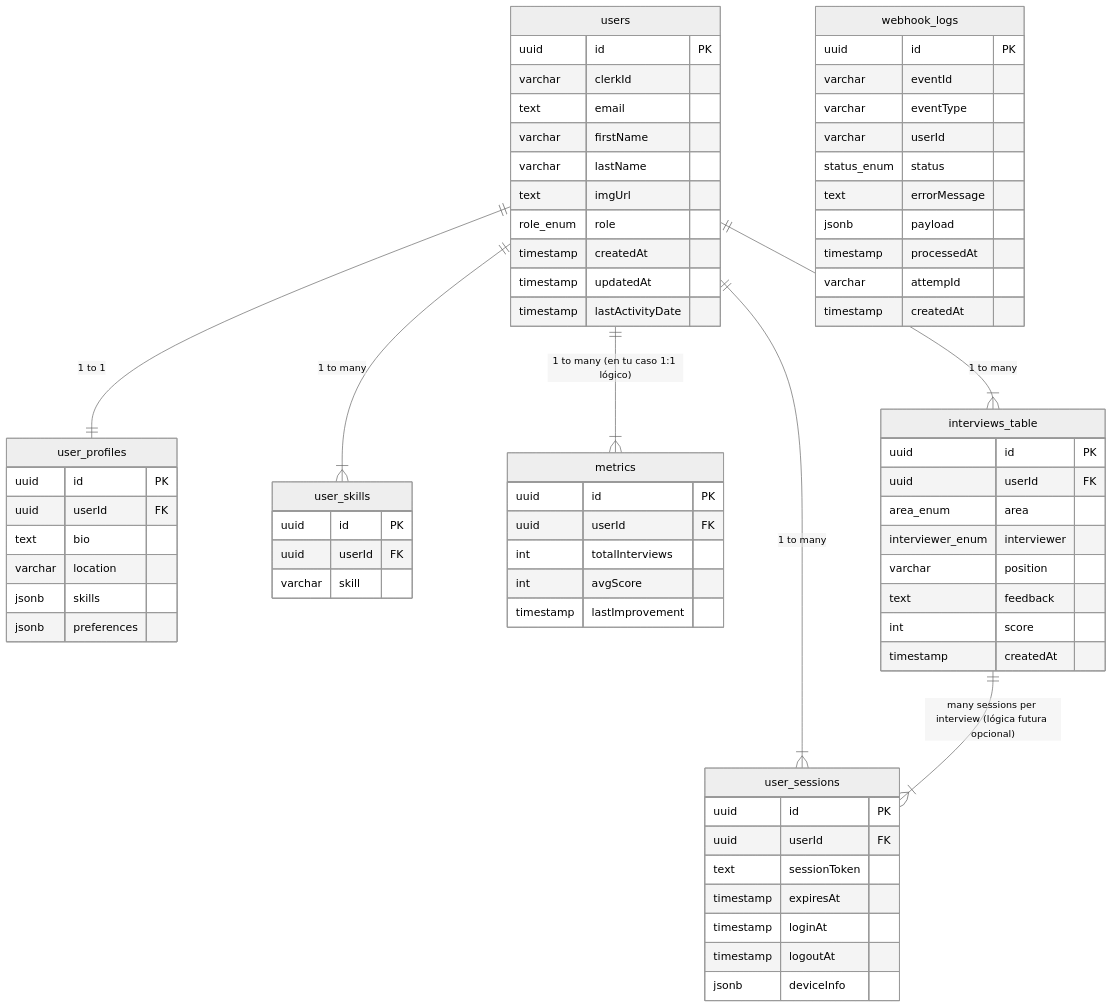
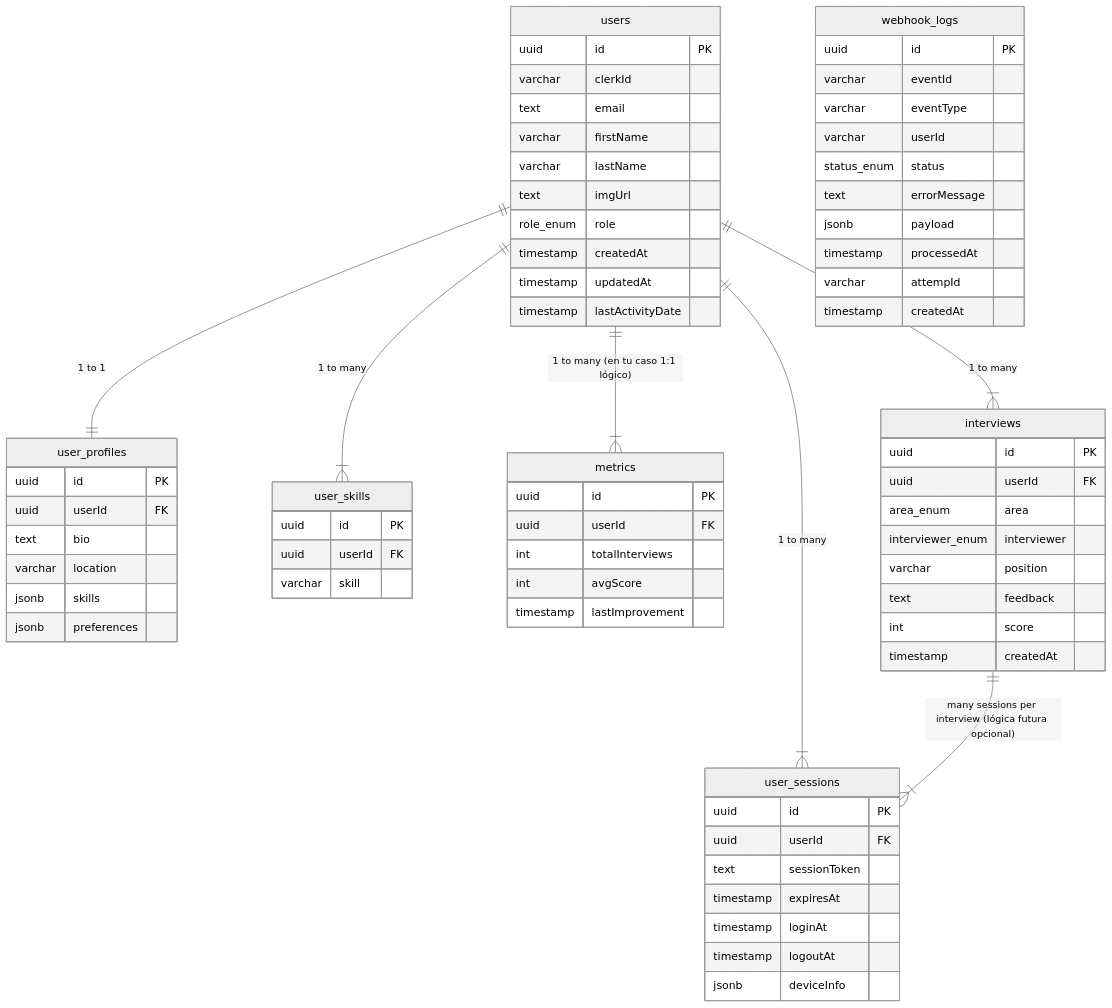
The fourth of 13 diagrams in docs/ARCHITECTURE_DIAGRAMS.md (MarceM1/demo_AscendIA), drawn with Mermaid (neutral theme) before and after one commit. The commit also changed other lines of this file and 8 other files, not shown here.

````diff
--- a/docs/ARCHITECTURE_DIAGRAMS.md
+++ b/docs/ARCHITECTURE_DIAGRAMS.md
@@ -200,7 +200,7 @@
     %% ============================================================
     %% INTERVIEWS
     %% ============================================================
-    interviews_table {
+    interviews {
         uuid id PK
         uuid userId FK
         area_enum area
@@ -234,7 +234,7 @@
     users ||--|{ user_sessions : "1 to many"
     users ||--|{ user_skills : "1 to many"
     users ||--|{ metrics : "1 to many (en tu caso 1:1 lógico)"
-    users ||--|{ interviews_table : "1 to many"
+    users ||--|{ interviews : "1 to many"
 
-    interviews_table ||--|{ user_sessions : "many sessions per interview (lógica futura opcional)"
+    interviews ||--|{ user_sessions : "many sessions per interview (lógica futura opcional)"
 ```
````
